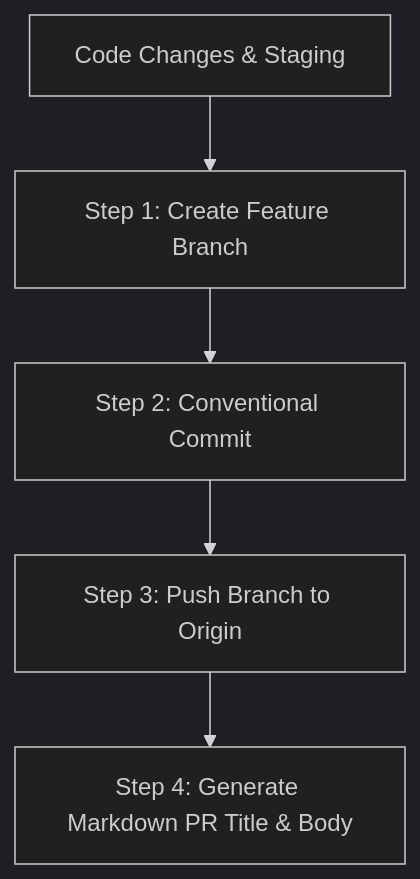
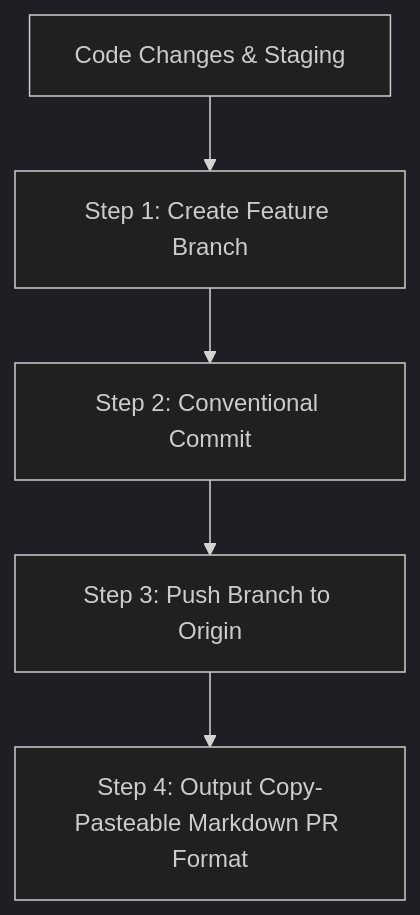
One commit to GMD-Repository/gemma-plugin changed the diagram in .agents/skills/github-pr-generator/SKILL.md. Above: the diagram before and after it, drawn with Mermaid (dark theme). The commit also changed other lines of this file, not shown here.

Commit message:
docs(skills): enforce manual copy-paste PR description standard in github-pr-generator skill

````diff
--- a/.agents/skills/github-pr-generator/SKILL.md
+++ b/.agents/skills/github-pr-generator/SKILL.md
@@ -14,7 +24,7 @@
 ```mermaid
 graph TD
     A[Code Changes & Staging] --> B[Step 1: Create Feature Branch]
     B --> C[Step 2: Conventional Commit]
     C --> D[Step 3: Push Branch to Origin]
-    D --> E[Step 4: Generate Markdown PR Title & Body]
+    D --> E[Step 4: Output Copy-Pasteable Markdown PR Format]
 ```
````
